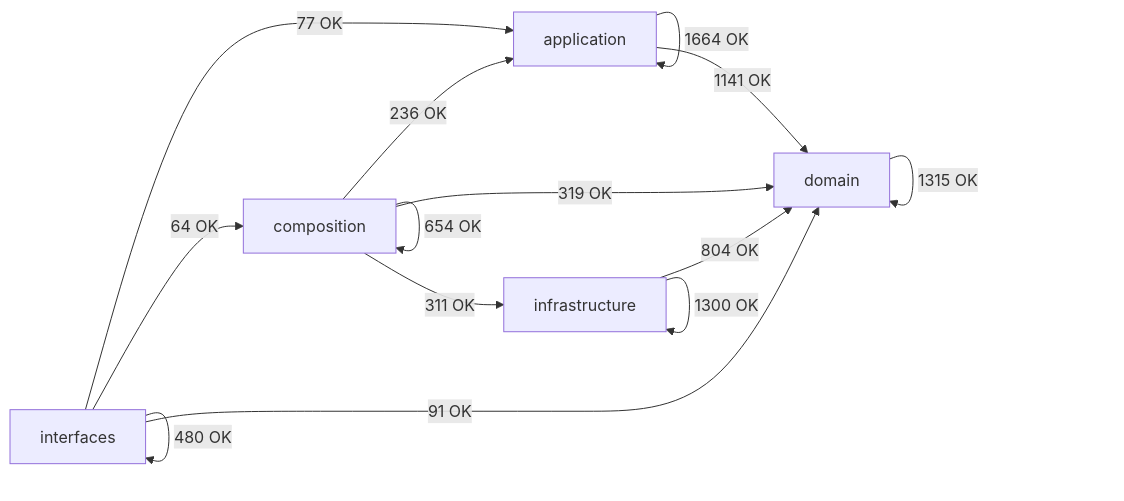
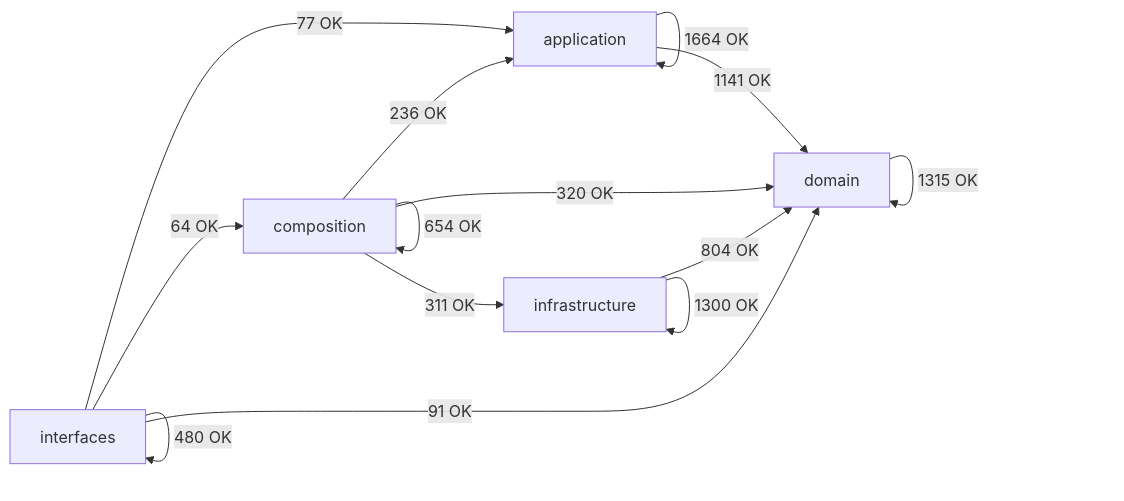
Before and after one commit to SatoryKono/BioactivityDataAcquisition: the diagram in docs/02-architecture/generated/module-dependency-map.md, drawn with Mermaid. The commit also changed other lines of this file and 11 other files, not shown here.

````diff
--- a/docs/02-architecture/generated/module-dependency-map.md
+++ b/docs/02-architecture/generated/module-dependency-map.md
@@ -17,21 +17,21 @@
 ```mermaid
 flowchart LR
     domain[domain]
     application[application]
     infrastructure[infrastructure]
     composition[composition]
     interfaces[interfaces]
     application -->|1664 OK| application
     application -->|1141 OK| domain
     composition -->|236 OK| application
     composition -->|654 OK| composition
-    composition -->|319 OK| domain
+    composition -->|320 OK| domain
     composition -->|311 OK| infrastructure
     domain -->|1315 OK| domain
     infrastructure -->|804 OK| domain
     infrastructure -->|1300 OK| infrastructure
     interfaces -->|77 OK| application
     interfaces -->|64 OK| composition
     interfaces -->|91 OK| domain
     interfaces -->|480 OK| interfaces
 ```
````
